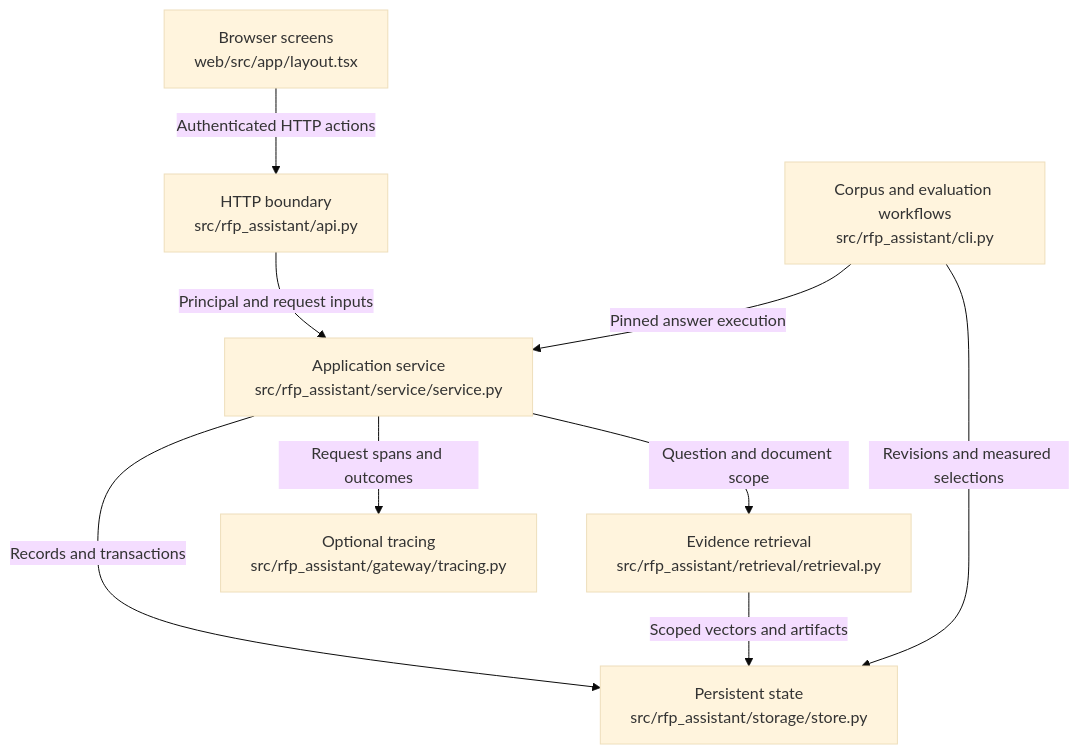
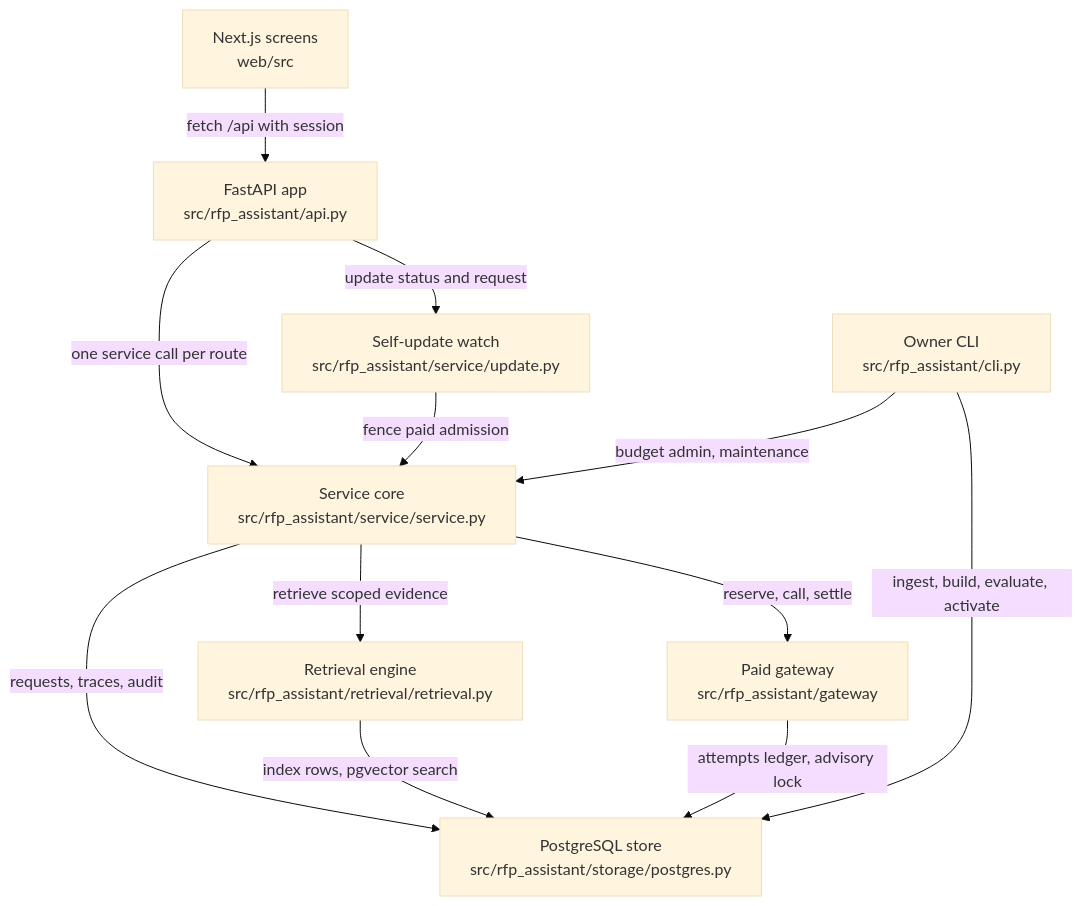
Before and after one commit to littleeeeebit/project-codeit-mid: the diagram in .omm/overall-architecture/diagram.mmd, drawn with Mermaid (base theme). The commit also changed 522 other files, not shown here.

```diff
--- a/.omm/overall-architecture/diagram.mmd
+++ b/.omm/overall-architecture/diagram.mmd
@@ -1,9 +1,20 @@
 graph TD
-web["Browser screens\nweb/src/app/layout.tsx"] -->|Authenticated HTTP actions| http["HTTP boundary\nsrc/rfp_assistant/api.py"]
-http -->|Principal and request inputs| service["Application service\nsrc/rfp_assistant/service/service.py"]
-service -->|Question and document scope| retrieval["Evidence retrieval\nsrc/rfp_assistant/retrieval/retrieval.py"]
-service -->|Records and transactions| persistence["Persistent state\nsrc/rfp_assistant/storage/store.py"]
-retrieval -->|Scoped vectors and artifacts| persistence
-workflows["Corpus and evaluation workflows\nsrc/rfp_assistant/cli.py"] -->|Pinned answer execution| service
-workflows -->|Revisions and measured selections| persistence
-service -->|Request spans and outcomes| tracing["Optional tracing\nsrc/rfp_assistant/gateway/tracing.py"]
+  web-screens["Next.js screens\nweb/src"]
+  http-api["FastAPI app\nsrc/rfp_assistant/api.py"]
+  service-core["Service core\nsrc/rfp_assistant/service/service.py"]
+  retrieval-engine["Retrieval engine\nsrc/rfp_assistant/retrieval/retrieval.py"]
+  paid-gateway["Paid gateway\nsrc/rfp_assistant/gateway"]
+  postgres-store["PostgreSQL store\nsrc/rfp_assistant/storage/postgres.py"]
+  self-update["Self-update watch\nsrc/rfp_assistant/service/update.py"]
+  owner-cli["Owner CLI\nsrc/rfp_assistant/cli.py"]
+  web-screens -->|fetch /api with session| http-api
+  http-api -->|one service call per route| service-core
+  http-api -->|update status and request| self-update
+  self-update -->|fence paid admission| service-core
+  service-core -->|retrieve scoped evidence| retrieval-engine
+  service-core -->|reserve, call, settle| paid-gateway
+  service-core -->|requests, traces, audit| postgres-store
+  retrieval-engine -->|index rows, pgvector search| postgres-store
+  paid-gateway -->|attempts ledger, advisory lock| postgres-store
+  owner-cli -->|ingest, build, evaluate, activate| postgres-store
+  owner-cli -->|budget admin, maintenance| service-core
```
